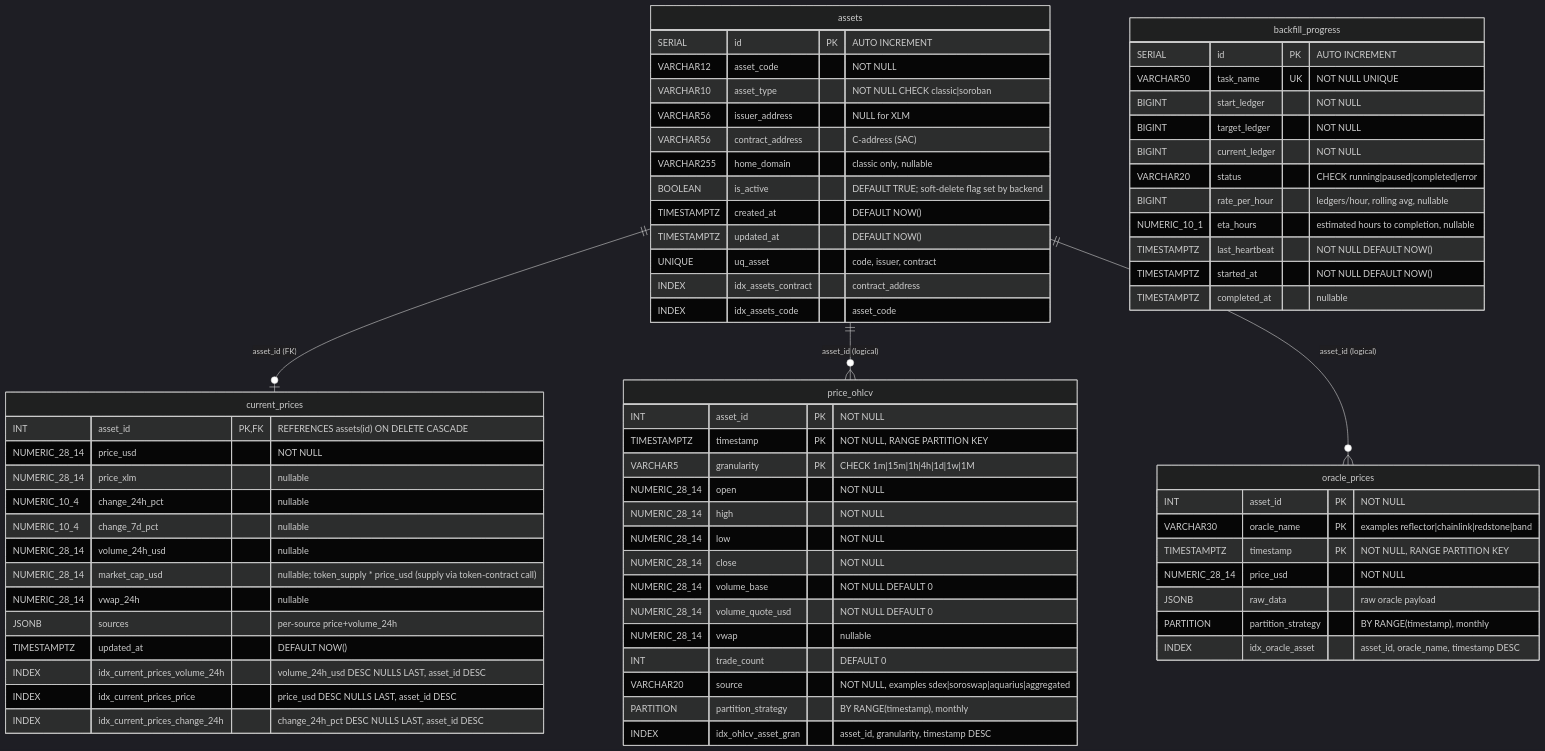
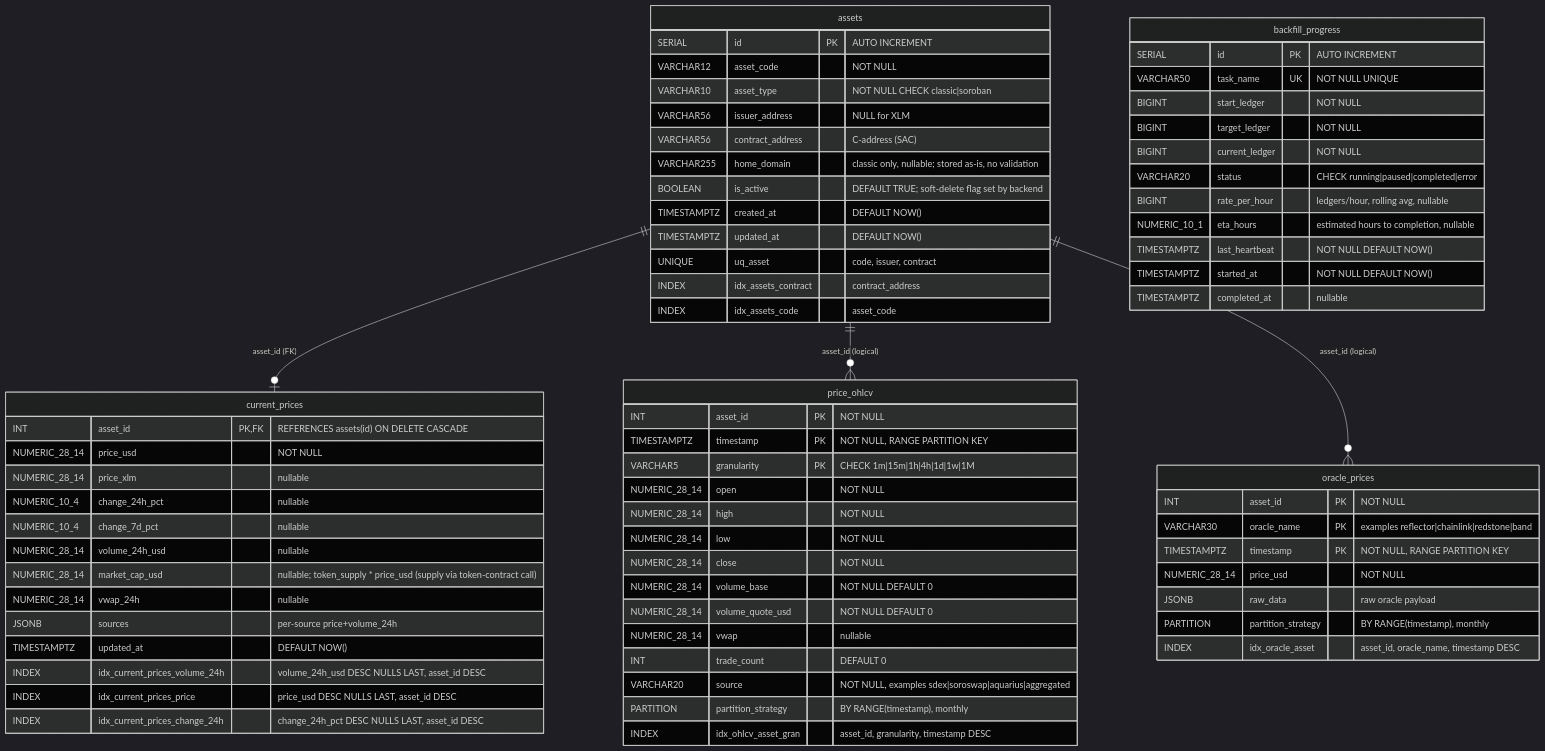
Diagram 12 of 13 in docs/database-schema/database-schema-overview.md (rumblefishdev/stellar-prices-api), drawn with Mermaid (dark theme) before and after one commit. The commit also changed other lines of this file and 1 other file, not shown here.

Commit message:
docs: add note to home_domain

````diff
--- a/docs/database-schema/database-schema-overview.md
+++ b/docs/database-schema/database-schema-overview.md
@@ -1249,78 +1261,78 @@
 ```mermaid
 erDiagram
     assets ||--o| current_prices : "asset_id (FK)"
     assets ||--o{ price_ohlcv    : "asset_id (logical)"
     assets ||--o{ oracle_prices  : "asset_id (logical)"
 
     assets {
         SERIAL      id PK "AUTO INCREMENT"
         VARCHAR12   asset_code "NOT NULL"
         VARCHAR10   asset_type "NOT NULL CHECK classic|soroban"
         VARCHAR56   issuer_address "NULL for XLM"
         VARCHAR56   contract_address "C-address (SAC)"
-        VARCHAR255  home_domain "classic only, nullable"
+        VARCHAR255  home_domain "classic only, nullable; stored as-is, no validation"
         BOOLEAN     is_active "DEFAULT TRUE; soft-delete flag set by backend"
         TIMESTAMPTZ created_at "DEFAULT NOW()"
         TIMESTAMPTZ updated_at "DEFAULT NOW()"
         UNIQUE      uq_asset "code, issuer, contract"
         INDEX       idx_assets_contract "contract_address"
         INDEX       idx_assets_code "asset_code"
     }
 
     price_ohlcv {
         INT           asset_id PK "NOT NULL"
         TIMESTAMPTZ   timestamp PK "NOT NULL, RANGE PARTITION KEY"
         VARCHAR5      granularity PK "CHECK 1m|15m|1h|4h|1d|1w|1M"
         NUMERIC_28_14 open "NOT NULL"
         NUMERIC_28_14 high "NOT NULL"
         NUMERIC_28_14 low "NOT NULL"
         NUMERIC_28_14 close "NOT NULL"
         NUMERIC_28_14 volume_base "NOT NULL DEFAULT 0"
         NUMERIC_28_14 volume_quote_usd "NOT NULL DEFAULT 0"
         NUMERIC_28_14 vwap "nullable"
         INT           trade_count "DEFAULT 0"
         VARCHAR20     source "NOT NULL, examples sdex|soroswap|aquarius|aggregated"
         PARTITION     partition_strategy "BY RANGE(timestamp), monthly"
         INDEX         idx_ohlcv_asset_gran "asset_id, granularity, timestamp DESC"
     }
 
     current_prices {
         INT           asset_id PK,FK "REFERENCES assets(id) ON DELETE CASCADE"
         NUMERIC_28_14 price_usd "NOT NULL"
         NUMERIC_28_14 price_xlm "nullable"
         NUMERIC_10_4  change_24h_pct "nullable"
         NUMERIC_10_4  change_7d_pct "nullable"
         NUMERIC_28_14 volume_24h_usd "nullable"
         NUMERIC_28_14 market_cap_usd "nullable; token_supply * price_usd (supply via token-contract call)"
         NUMERIC_28_14 vwap_24h "nullable"
         JSONB         sources "per-source price+volume_24h"
         TIMESTAMPTZ   updated_at "DEFAULT NOW()"
         INDEX         idx_current_prices_volume_24h "volume_24h_usd DESC NULLS LAST, asset_id DESC"
         INDEX         idx_current_prices_price "price_usd DESC NULLS LAST, asset_id DESC"
         INDEX         idx_current_prices_change_24h "change_24h_pct DESC NULLS LAST, asset_id DESC"
     }
 
     oracle_prices {
         INT           asset_id PK "NOT NULL"
         VARCHAR30     oracle_name PK "examples reflector|chainlink|redstone|band"
         TIMESTAMPTZ   timestamp PK "NOT NULL, RANGE PARTITION KEY"
         NUMERIC_28_14 price_usd "NOT NULL"
         JSONB         raw_data "raw oracle payload"
         PARTITION     partition_strategy "BY RANGE(timestamp), monthly"
         INDEX         idx_oracle_asset "asset_id, oracle_name, timestamp DESC"
     }
 
     backfill_progress {
         SERIAL       id PK "AUTO INCREMENT"
         VARCHAR50    task_name UK "NOT NULL UNIQUE"
         BIGINT       start_ledger "NOT NULL"
         BIGINT       target_ledger "NOT NULL"
         BIGINT       current_ledger "NOT NULL"
         VARCHAR20    status "CHECK running|paused|completed|error"
         BIGINT       rate_per_hour "ledgers/hour, rolling avg, nullable"
         NUMERIC_10_1 eta_hours "estimated hours to completion, nullable"
         TIMESTAMPTZ  last_heartbeat "NOT NULL DEFAULT NOW()"
         TIMESTAMPTZ  started_at "NOT NULL DEFAULT NOW()"
         TIMESTAMPTZ  completed_at "nullable"
     }
 ```
````
